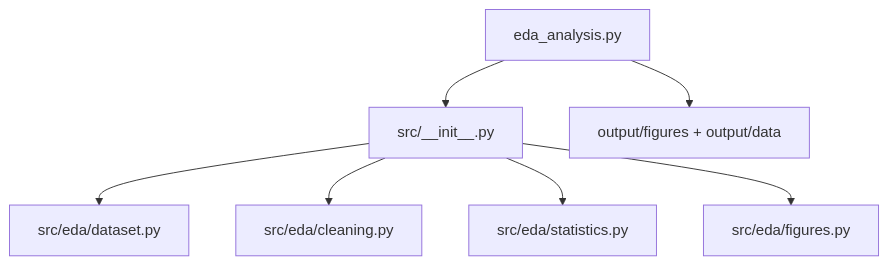
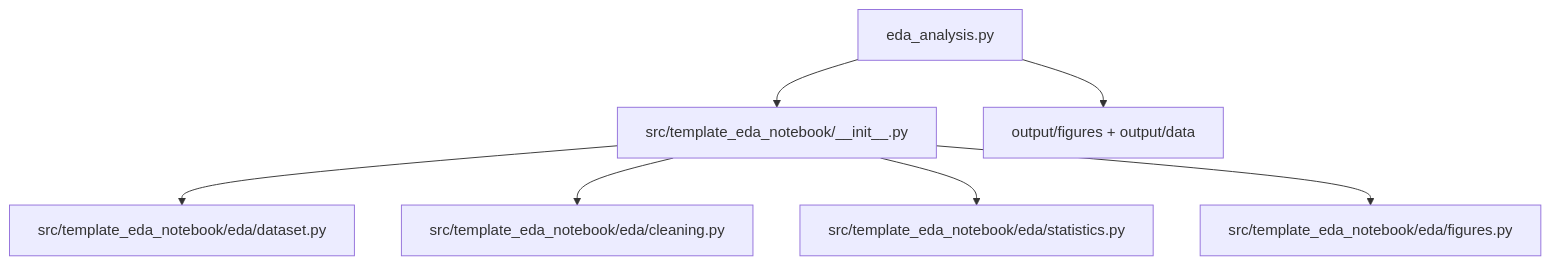
The diagram in projects/templates/template_eda_notebook/scripts/README.md (docxology/template), drawn with Mermaid before and after one commit. The commit also changed other lines of this file and 1600 other files, not shown here.

````diff
--- a/projects/templates/template_eda_notebook/scripts/README.md
+++ b/projects/templates/template_eda_notebook/scripts/README.md
@@ -35,9 +35,9 @@
 ```mermaid
 graph TD
-    EDA[eda_analysis.py] --> INIT[src/__init__.py]
-    INIT --> DS[src/eda/dataset.py]
-    INIT --> CL[src/eda/cleaning.py]
-    INIT --> ST[src/eda/statistics.py]
-    INIT --> FG[src/eda/figures.py]
+    EDA[eda_analysis.py] --> INIT[src/template_eda_notebook/__init__.py]
+    INIT --> DS[src/template_eda_notebook/eda/dataset.py]
+    INIT --> CL[src/template_eda_notebook/eda/cleaning.py]
+    INIT --> ST[src/template_eda_notebook/eda/statistics.py]
+    INIT --> FG[src/template_eda_notebook/eda/figures.py]
     EDA --> OUT[output/figures + output/data]
 ```
````
